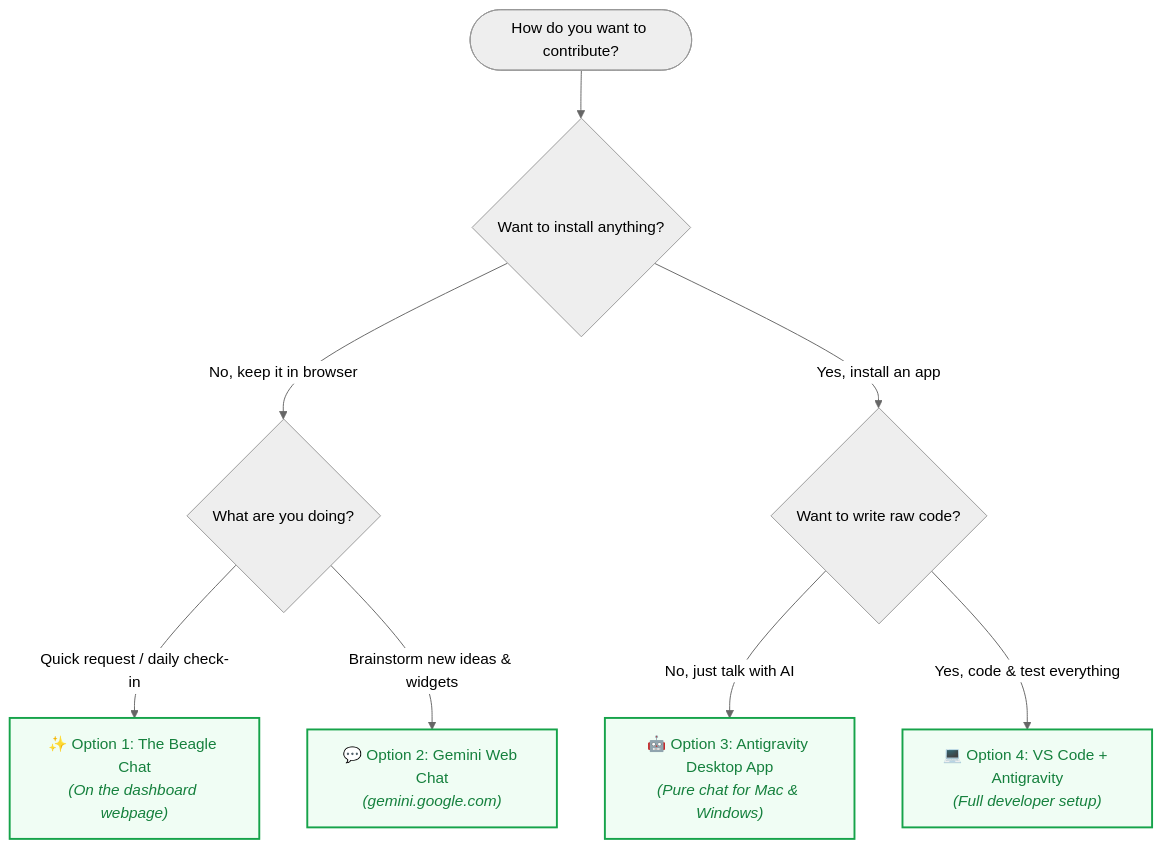
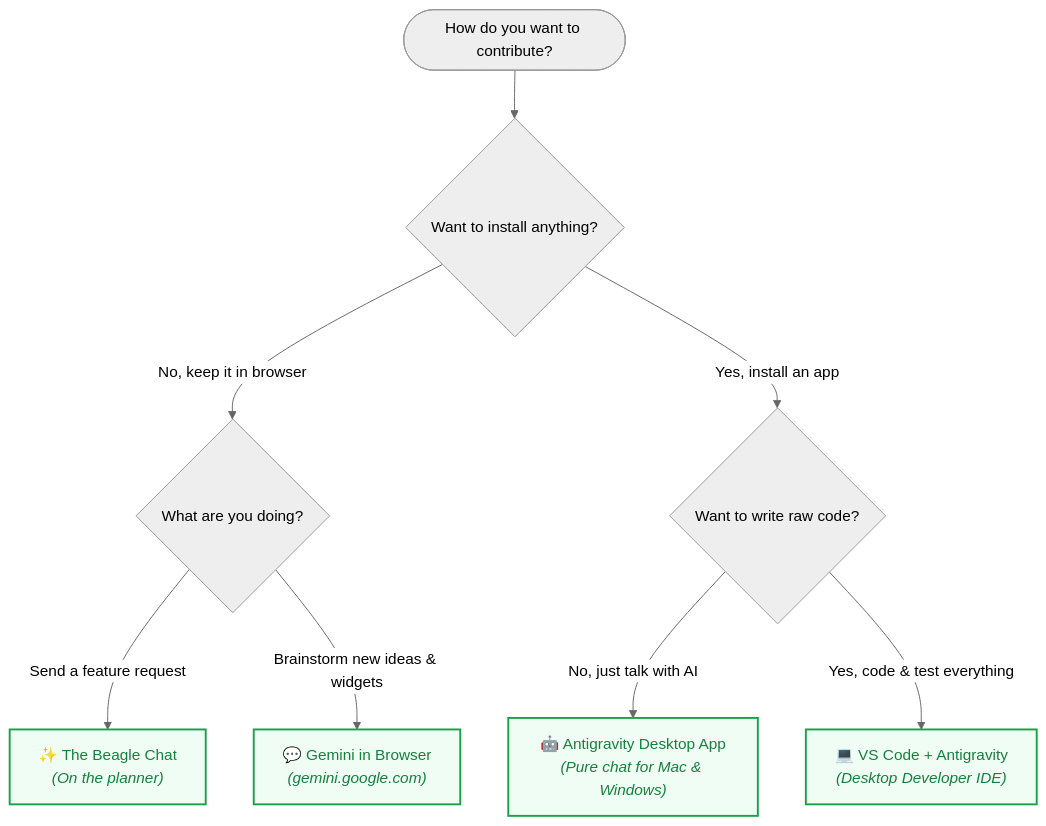
One commit to Swensation/swentonelli changed the diagram in README.md. Above: the diagram before and after it, drawn with Mermaid (neutral theme). The commit also changed other lines of this file and 2 other files, not shown here.

Commit message:
docs: refine onboarding table with Option/From/Capability/Example and Beagle chat workflow

````diff
--- a/README.md
+++ b/README.md
@@ -12,15 +9,15 @@
 ```mermaid
 flowchart TD
     Start([How do you want to contribute?]) --> Q1{Want to install anything?}
     
     Q1 -->|No, keep it in browser| Q2{What are you doing?}
-    Q2 -->|Quick request / daily check-in| Opt1["✨ Option 1: The Beagle Chat<br><i>(On the dashboard webpage)</i>"]
-    Q2 -->|Brainstorm new ideas & widgets| Opt2["💬 Option 2: Gemini Web Chat<br><i>(gemini.google.com)</i>"]
+    Q2 -->|Send a feature request| Beagle["✨ The Beagle Chat<br><i>(On the planner)</i>"]
+    Q2 -->|Brainstorm new ideas & widgets| Gem["💬 Gemini in Browser<br><i>(gemini.google.com)</i>"]
     
     Q1 -->|Yes, install an app| Q3{Want to write raw code?}
-    Q3 -->|No, just talk with AI| Opt3["🤖 Option 3: Antigravity Desktop App<br><i>(Pure chat for Mac & Windows)</i>"]
-    Q3 -->|Yes, code & test everything| Opt4["💻 Option 4: VS Code + Antigravity<br><i>(Full developer setup)</i>"]
+    Q3 -->|No, just talk with AI| AG["🤖 Antigravity Desktop App<br><i>(Pure chat for Mac & Windows)</i>"]
+    Q3 -->|Yes, code & test everything| VSC["💻 VS Code + Antigravity<br><i>(Desktop Developer IDE)</i>"]
 
     classDef optBox fill:#f0fdf4,stroke:#16a34a,stroke-width:2px,color:#15803d;
-    class Opt1,Opt2,Opt3,Opt4 optBox;
+    class Beagle,Gem,AG,VSC optBox;
 ```
````
